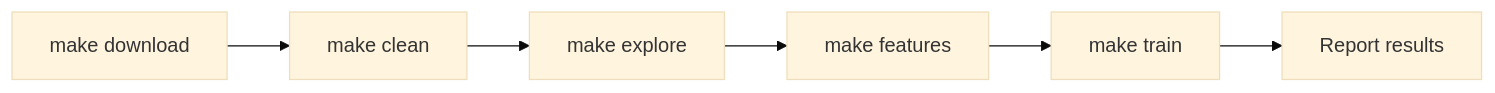
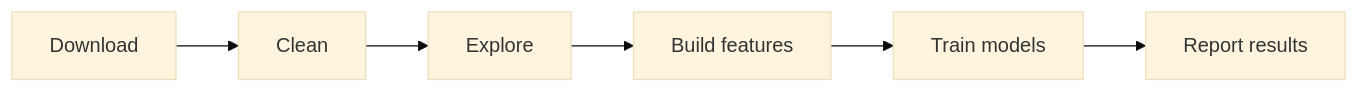
The diagram in docs/figures/workflow.md (VVBthe1/ecomm-clickstream-recommendation-engine), drawn with Mermaid (base theme) before and after one commit. The commit also changed other lines of this file and 5 other files, not shown here.

````diff
--- a/docs/figures/workflow.md
+++ b/docs/figures/workflow.md
@@ -5,8 +3,8 @@
 ```mermaid
 flowchart LR
-  A[make download] --> B[make clean]
-  B --> C[make explore]
-  C --> D[make features]
-  D --> E[make train]
+  A[Download] --> B[Clean]
+  B --> C[Explore]
+  C --> D[Build features]
+  D --> E[Train models]
   E --> F[Report results]
 ```
````
